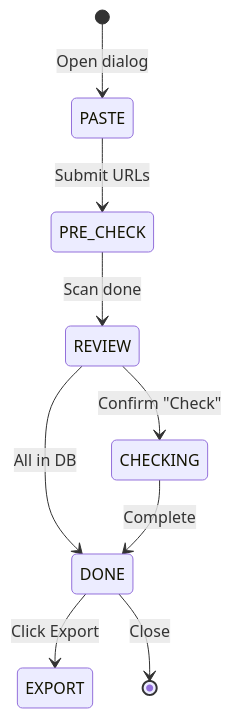
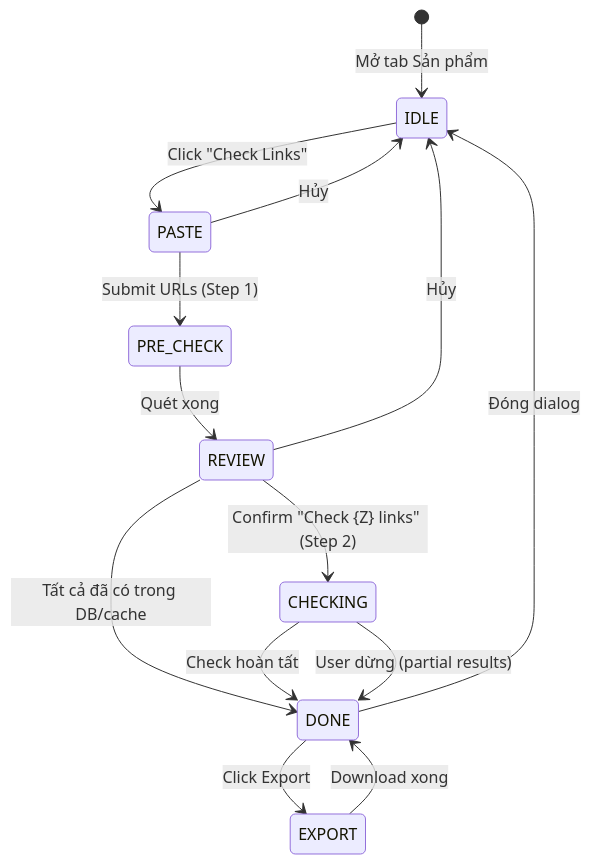
One commit to maingocanh1702/telegram-sales-bot changed the second of 2 diagrams in docs/features/FE/feature_link_checker.md. Above: the diagram before and after it, drawn with Mermaid. The commit also changed other lines of this file and 54 other files, not shown here.

First line of the commit message:
feat(bot): v2.3.0 — purchase flow, cart, i18n, categories, docs

````diff
--- a/docs/features/FE/feature_link_checker.md
+++ b/docs/features/FE/feature_link_checker.md
@@ -74,11 +283,20 @@
 ```mermaid
 stateDiagram-v2
-    [*] --> PASTE: Open dialog
-    PASTE --> PRE_CHECK: Submit URLs
-    PRE_CHECK --> REVIEW: Scan done
-    REVIEW --> CHECKING: Confirm "Check"
-    REVIEW --> DONE: All in DB
-    CHECKING --> DONE: Complete
+    [*] --> IDLE: Mở tab Sản phẩm
+
+    IDLE --> PASTE: Click "Check Links"
+    PASTE --> PRE_CHECK: Submit URLs (Step 1)
+    PASTE --> IDLE: Hủy
+
+    PRE_CHECK --> REVIEW: Quét xong
+    REVIEW --> CHECKING: Confirm "Check {Z} links" (Step 2)
+    REVIEW --> DONE: Tất cả đã có trong DB/cache
+    REVIEW --> IDLE: Hủy
+
+    CHECKING --> DONE: Check hoàn tất
+    CHECKING --> DONE: User dừng (partial results)
+
     DONE --> EXPORT: Click Export
-    DONE --> [*]: Close
+    DONE --> IDLE: Đóng dialog
+    EXPORT --> DONE: Download xong
 ```
````
